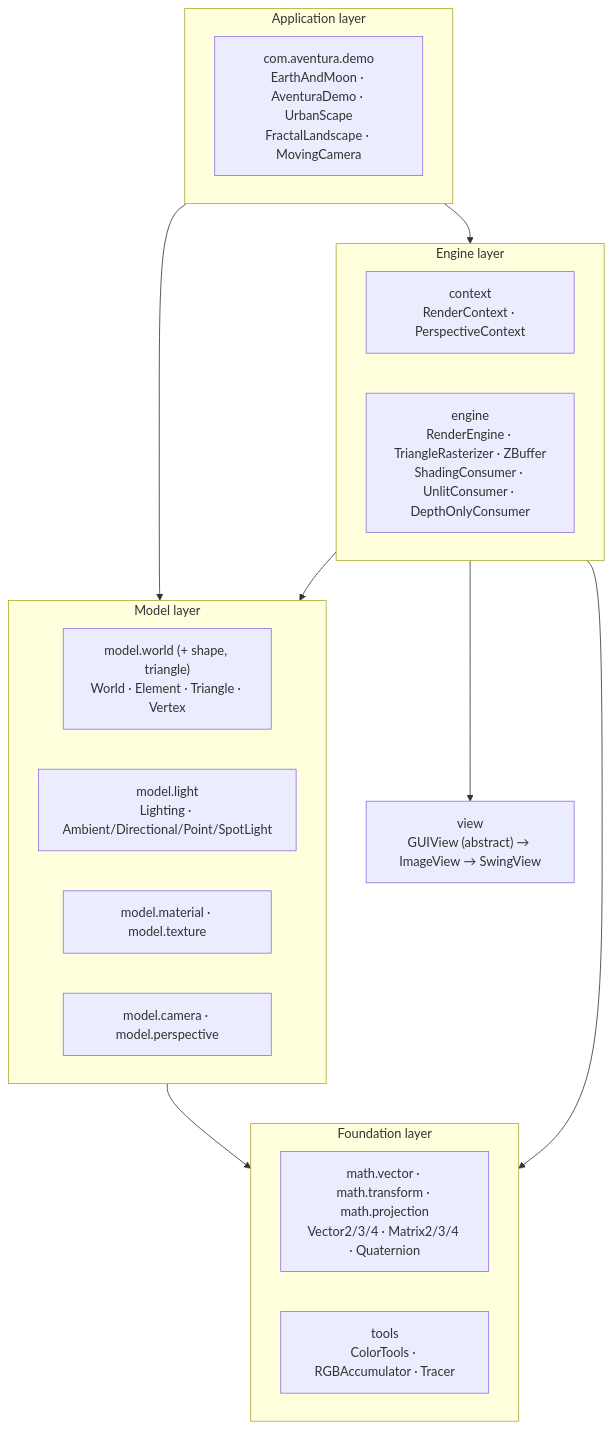
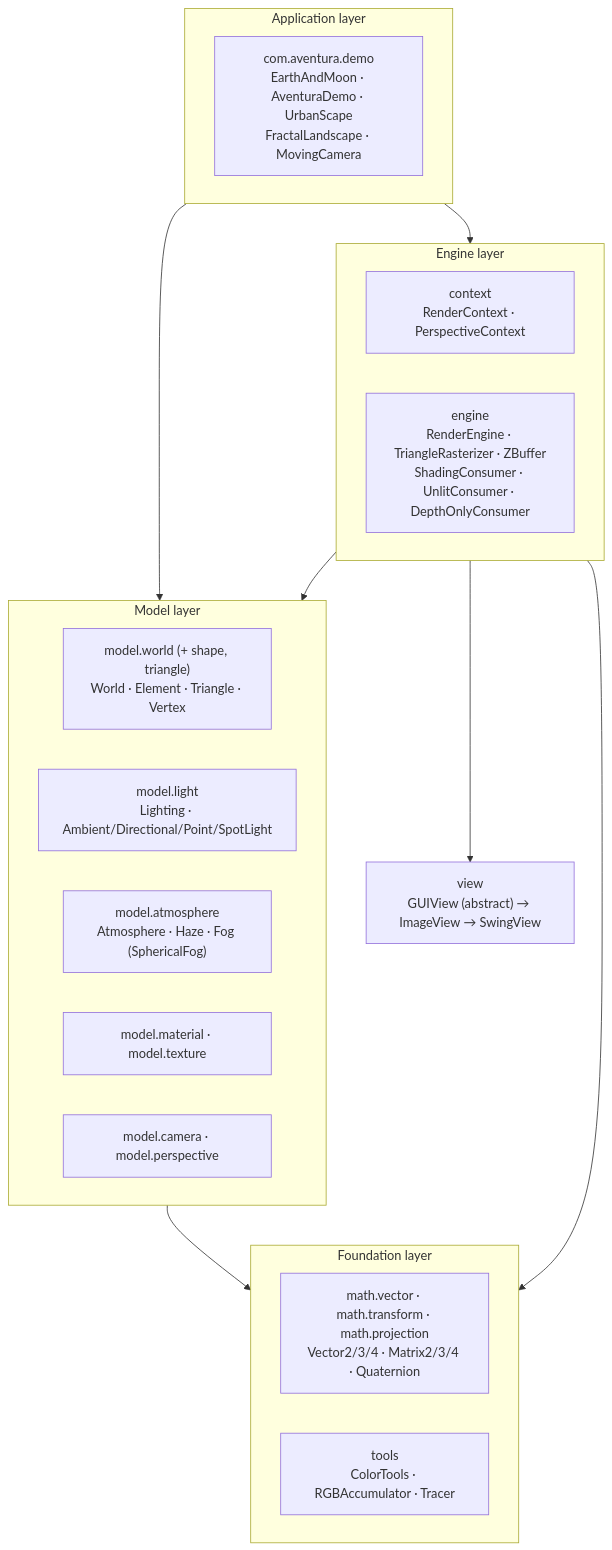
Before and after one commit to obarry/Aventura: the second of 22 diagrams in docs/DESIGN.md, drawn with Mermaid. The commit also changed other lines of this file and 35 other files, not shown here.

````diff
--- a/docs/DESIGN.md
+++ b/docs/DESIGN.md
@@ -65,28 +65,29 @@
 ```mermaid
 flowchart TB
     subgraph APP["Application layer"]
         DEMO["com.aventura.demo<br/>EarthAndMoon · AventuraDemo · UrbanScape<br/>FractalLandscape · MovingCamera"]
     end
     subgraph ENGINE["Engine layer"]
         CTX["context<br/>RenderContext · PerspectiveContext"]
         ENG["engine<br/>RenderEngine · TriangleRasterizer · ZBuffer<br/>ShadingConsumer · UnlitConsumer · DepthOnlyConsumer"]
     end
     subgraph MODEL["Model layer"]
         WORLD["model.world (+ shape, triangle)<br/>World · Element · Triangle · Vertex"]
         LIGHT["model.light<br/>Lighting · Ambient/Directional/Point/SpotLight"]
+        ATMO["model.atmosphere<br/>Atmosphere · Haze · Fog (SphericalFog)"]
         MAT["model.material · model.texture"]
         CAM["model.camera · model.perspective"]
     end
     subgraph FOUND["Foundation layer"]
         MATH["math.vector · math.transform · math.projection<br/>Vector2/3/4 · Matrix2/3/4 · Quaternion"]
         TOOLS["tools<br/>ColorTools · RGBAccumulator · Tracer"]
     end
     VIEW["view<br/>GUIView (abstract) → ImageView → SwingView"]
 
     APP --> ENGINE
     APP --> MODEL
     ENGINE --> MODEL
     ENGINE --> VIEW
     MODEL --> FOUND
     ENGINE --> FOUND
 ```
````
